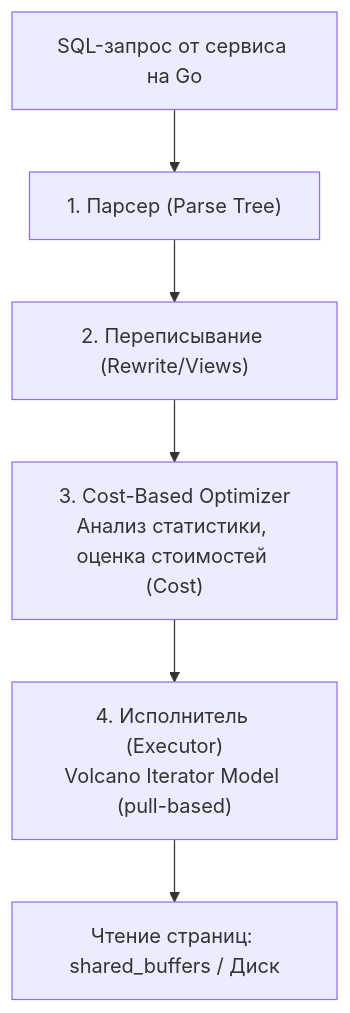
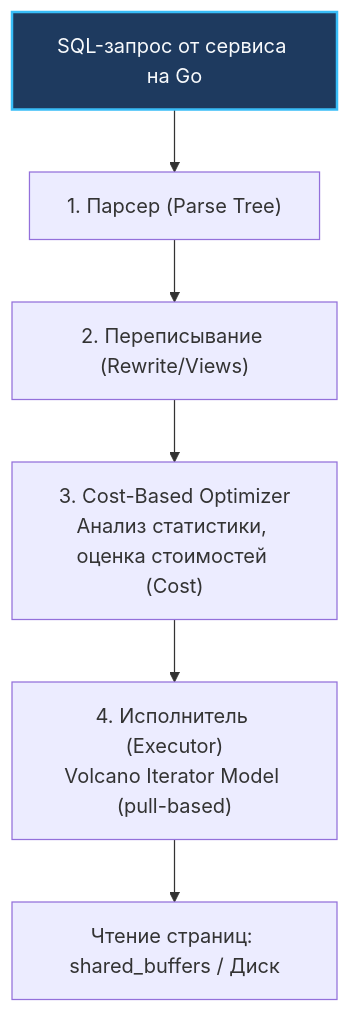
One commit to UnrealTemplier/go-textbook changed the first of 2 diagrams in sources/12. Базы данных/04. Индексы и производительность/10. План выполнения запроса. EXPLAIN.md. Above: the diagram before and after it, drawn with Mermaid. The commit also changed other lines of this file and 1666 other files, not shown here.

First line of the commit message:
feat(mermaid): add semantic color classDef to 1369 colorless flowchart/graph diagrams

````diff
--- a/sources/12. Базы данных/04. Индексы и производительность/10. План выполнения запроса. EXPLAIN.md
+++ b/sources/12. Базы данных/04. Индексы и производительность/10. План выполнения запроса. EXPLAIN.md
@@ -18,8 +18,18 @@
 ```mermaid
 flowchart TD
-    SQL["SQL-запрос от сервиса на Go"] --> Parser["1. Парсер (Parse Tree)"]
+    classDef process  fill:#1e293b,stroke:#38bdf8,stroke-width:1px,color:#f8fafc
+    classDef success  fill:#064e3b,stroke:#34d399,stroke-width:1px,color:#f8fafc
+    classDef error    fill:#7f1d1d,stroke:#f87171,stroke-width:1px,color:#f8fafc
+    classDef warning  fill:#78350f,stroke:#fbbf24,stroke-width:1px,color:#f8fafc
+    classDef entry    fill:#1e3a5f,stroke:#38bdf8,stroke-width:2px,color:#f8fafc
+    classDef aux      fill:#334155,stroke:#64748b,stroke-width:1px,color:#f8fafc
+    classDef system   fill:#312e81,stroke:#a78bfa,stroke-width:1px,color:#f8fafc
+    classDef data     fill:#132d29,stroke:#2dd4bf,stroke-width:1px,color:#f8fafc
+    classDef network  fill:#881337,stroke:#fb7185,stroke-width:1px,color:#f8fafc
+    classDef accent   fill:#1e1b4b,stroke:#818cf8,stroke-width:1px,color:#f8fafc
+    SQL["SQL-запрос от сервиса на Go"]:::entry --> Parser["1. Парсер (Parse Tree)"]
     Parser --> Rewriter["2. Переписывание (Rewrite/Views)"]
     Rewriter --> Optimizer["3. Cost-Based Optimizer<br>Анализ статистики, оценка стоимостей (Cost)"]
     Optimizer --> Executor["4. Исполнитель (Executor)<br>Volcano Iterator Model (pull-based)"]
     Executor --> Storage["Чтение страниц: shared_buffers / Диск"]
 ```
````
